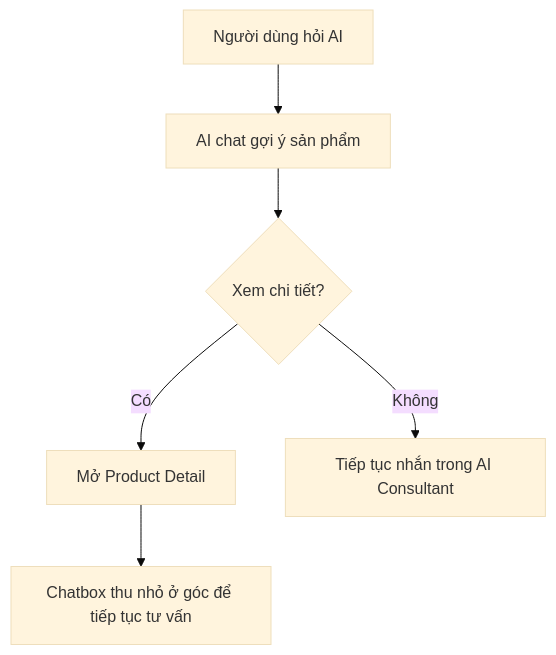
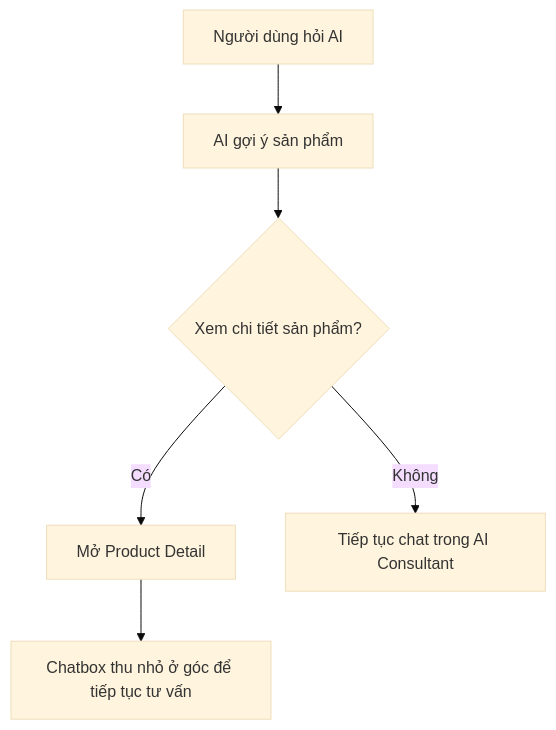
Before and after one commit to QuangFabbier/DATN: the third of 6 diagrams in ecommerce/PROJECT_SUMMARY.md, drawn with Mermaid (base theme). The commit also changed other lines of this file and 108 other files, not shown here.

````diff
--- a/ecommerce/PROJECT_SUMMARY.md
+++ b/ecommerce/PROJECT_SUMMARY.md
@@ -177,8 +219,8 @@
 ```mermaid
 flowchart TD
-  A[Người dùng hỏi AI] --> B[AI chat gợi ý sản phẩm]
-  B --> C{Xem chi tiết?}
+  A[Người dùng hỏi AI] --> B[AI gợi ý sản phẩm]
+  B --> C{Xem chi tiết sản phẩm?}
   C -- Có --> D[Mở Product Detail]
   D --> E[Chatbox thu nhỏ ở góc để tiếp tục tư vấn]
-  C -- Không --> F[Tiếp tục nhắn trong AI Consultant]
+  C -- Không --> F[Tiếp tục chat trong AI Consultant]
 ```
````
